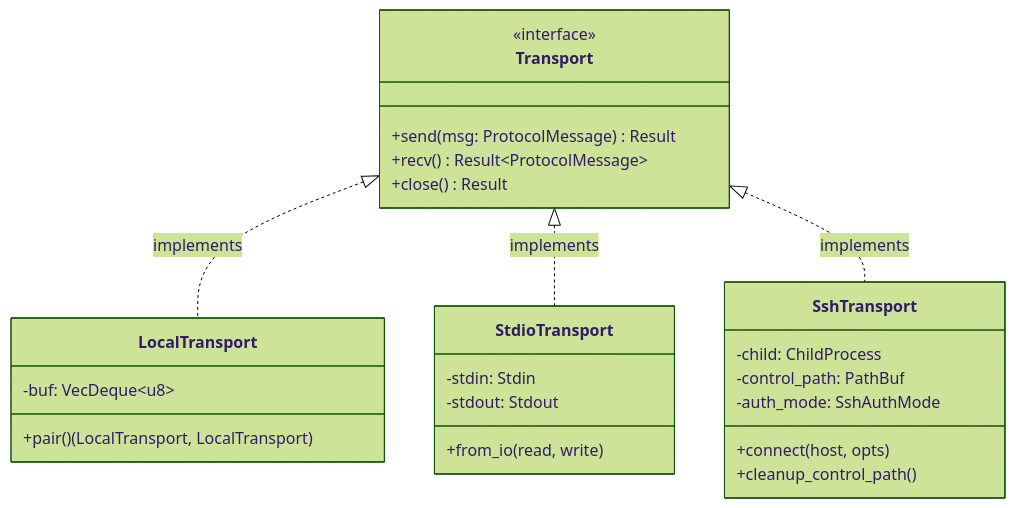
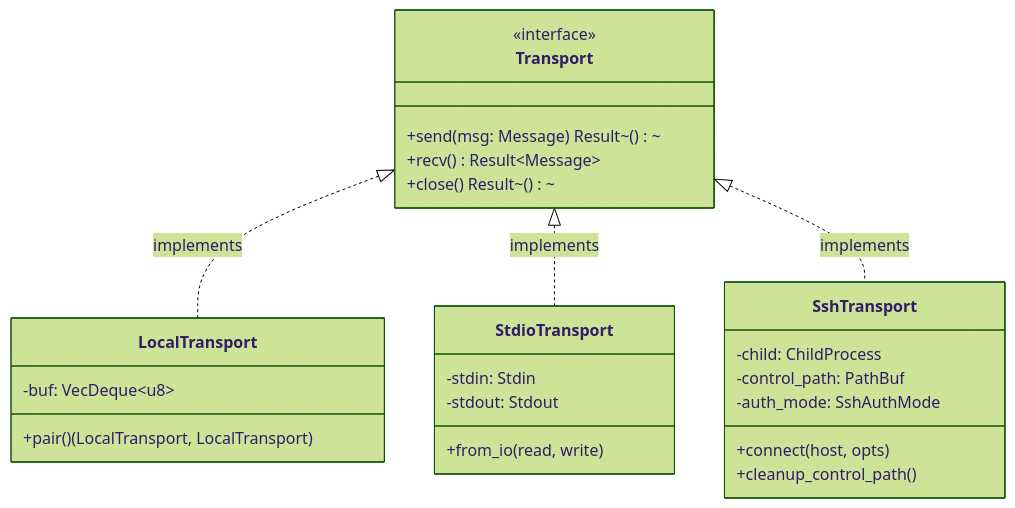
The tenth of 11 diagrams in docs/architecture-diagrams.md (sria91/rsqlite-rsync), drawn with Mermaid (forest theme) before and after one commit. The commit also changed other lines of this file, not shown here.

First line of the commit message:
docs: address PR review feedback on architecture diagrams

````diff
--- a/docs/architecture-diagrams.md
+++ b/docs/architecture-diagrams.md
@@ -303,32 +305,32 @@
 ```mermaid
 classDiagram
     class Transport {
         <<interface>>
-        +send(msg: ProtocolMessage) Result
-        +recv() Result~ProtocolMessage~
-        +close() Result
+        +send(msg: Message) Result~()~
+        +recv() Result~Message~
+        +close() Result~()~
     }
 
     class LocalTransport {
         -buf: VecDeque~u8~
         +pair() (LocalTransport, LocalTransport)
     }
 
     class StdioTransport {
         -stdin: Stdin
         -stdout: Stdout
         +from_io(read, write)
     }
 
     class SshTransport {
         -child: ChildProcess
         -control_path: PathBuf
         -auth_mode: SshAuthMode
         +connect(host, opts)
         +cleanup_control_path()
     }
 
     Transport <|.. LocalTransport : implements
     Transport <|.. StdioTransport : implements
     Transport <|.. SshTransport : implements
 ```
````
